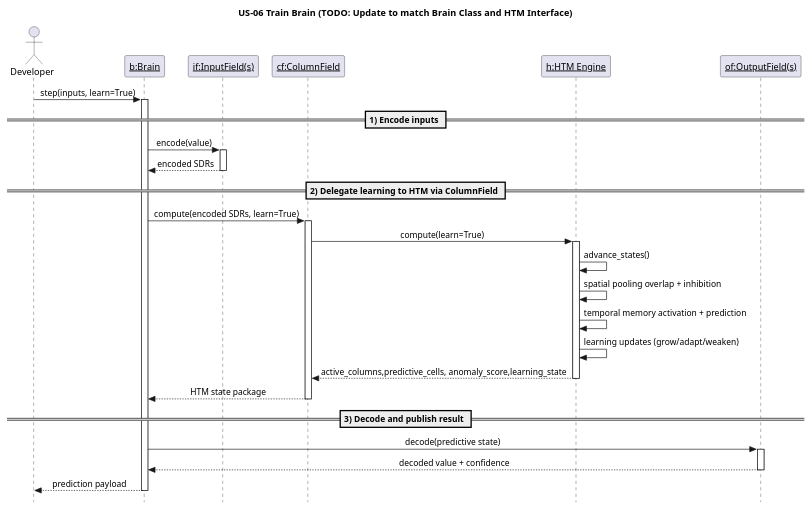
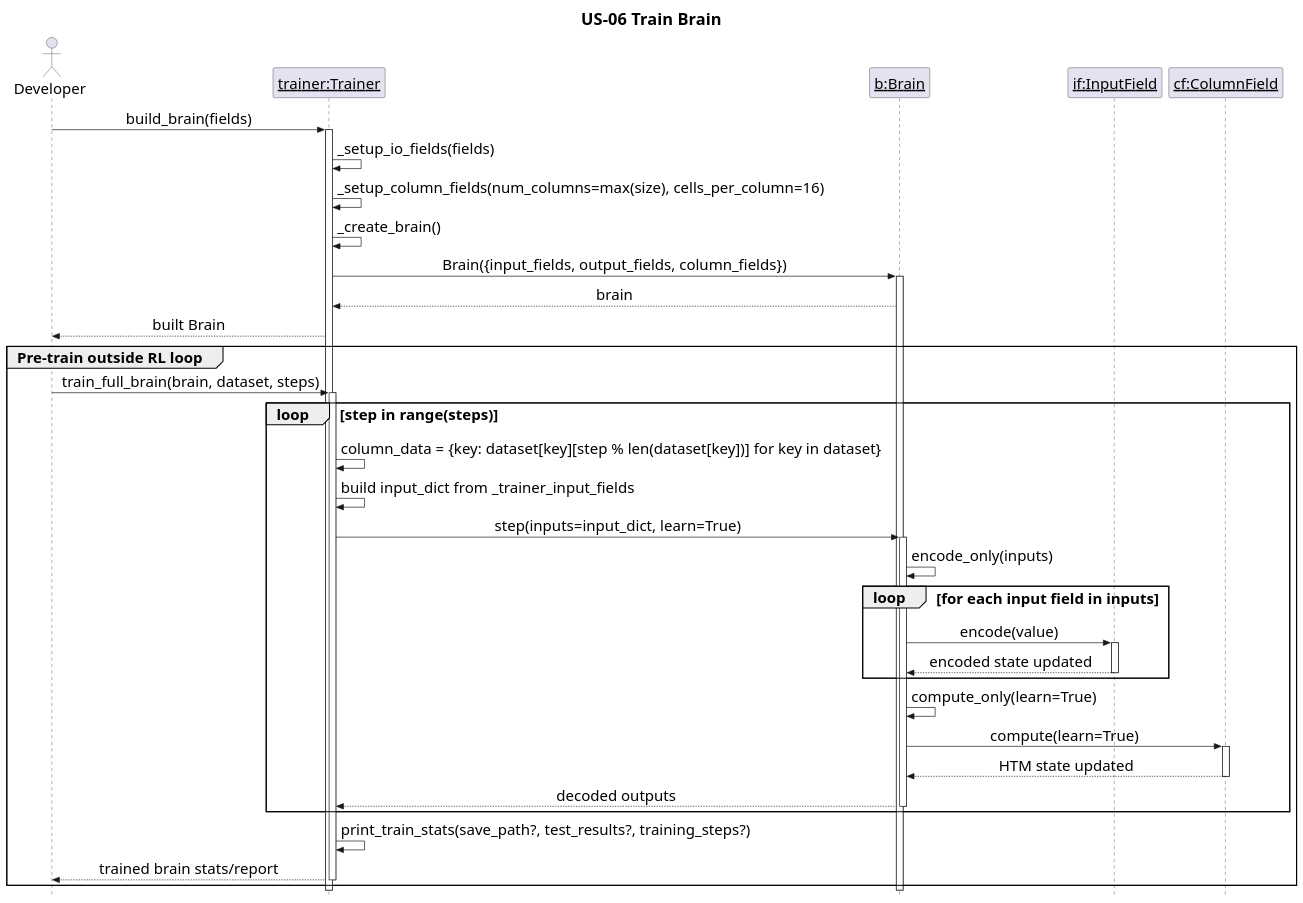
The diagram in docs/puml/US/us-06.puml (egrembocki/htmrl), drawn with PlantUML before and after one commit. The commit also changed 1 other file, not shown here.

```diff
--- a/docs/puml/US/us-06.puml
+++ b/docs/puml/US/us-06.puml
@@ -1,49 +1,60 @@
 @startuml
+scale 2000 width
+
 skinparam style strictuml
+skinparam defaultFontSize 22
+skinparam TitleFontSize 24
+skinparam ObjectFontSize 30
 skinparam sequenceMessageAlign center
 skinparam responseMessageBelowArrow true
-title US-06 Train Brain (TODO: Update to match Brain Class and HTM Interface)
 
-actor "Developer" as Dev
-participant "<u>b:Brain</u>" as B
-participant "<u>if:InputField(s)</u>" as IF
+title US-06 Train Brain
+
+actor Developer as Dev
+participant "<u>trainer:Trainer</u>" as TR
+participant "<u>b:Brain</u>" as BR
+participant "<u>if:InputField</u>" as IF
 participant "<u>cf:ColumnField</u>" as CF
-participant "<u>h:HTM Engine</u>" as H
-participant "<u>of:OutputField(s)</u>" as OF
 
-Dev -> B: step(inputs, learn=True)
-activate B
+Dev -> TR: build_brain(fields)
+activate TR
+TR -> TR: _setup_io_fields(fields)
+TR -> TR: _setup_column_fields(num_columns=max(size), cells_per_column=16)
+TR -> TR: _create_brain()
+TR -> BR: Brain({input_fields, output_fields, column_fields})
+activate BR
+BR --> TR: brain
+TR --> Dev: built Brain
 
-== 1) Encode inputs ==
-B -> IF: encode(value)
-activate IF
-IF --> B: encoded SDRs
+group Pre-train outside RL loop
+  Dev -> TR: train_full_brain(brain, dataset, steps)
+  activate TR
+  loop step in range(steps)
+    TR -> TR: column_data = {key: dataset[key][step % len(dataset[key])] for key in dataset}
+    TR -> TR: build input_dict from _trainer_input_fields
+    TR -> BR: step(inputs=input_dict, learn=True)
+    activate BR
+    BR -> BR: encode_only(inputs)
+    loop for each input field in inputs
+      BR -> IF: encode(value)
+      activate IF
+      IF --> BR: encoded state updated
+      deactivate IF
+    end
+    BR -> BR: compute_only(learn=True)
+    BR -> CF: compute(learn=True)
+    activate CF
+    CF --> BR: HTM state updated
+    deactivate CF
+    BR --> TR: decoded outputs
+    deactivate BR
+  end
 
-deactivate IF
+  TR -> TR: print_train_stats(save_path?, test_results?, training_steps?)
+  TR --> Dev: trained brain stats/report
+  deactivate TR
+end
 
-== 2) Delegate learning to HTM via ColumnField ==
-B -> CF: compute(encoded SDRs, learn=True)
-activate CF
-CF -> H: compute(learn=True)
-activate H
-H -> H: advance_states()
-H -> H: spatial pooling overlap + inhibition
-H -> H: temporal memory activation + prediction
-H -> H: learning updates (grow/adapt/weaken)
-H --> CF: active_columns,predictive_cells, anomaly_score,learning_state
-
-deactivate H
-CF --> B: HTM state package
-
-deactivate CF
-
-== 3) Decode and publish result ==
-B -> OF: decode(predictive state)
-activate OF
-OF --> B: decoded value + confidence
-
-deactivate OF
-B --> Dev: prediction payload
-
-deactivate B
+deactivate BR
+deactivate TR
 @enduml
```
